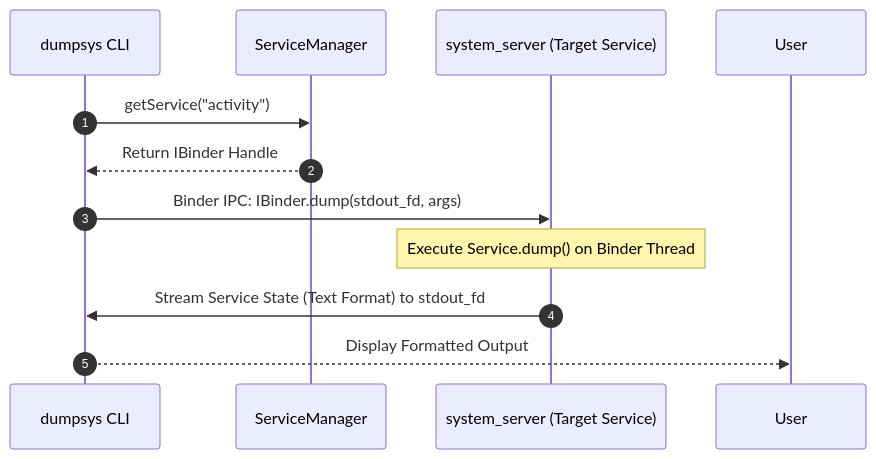
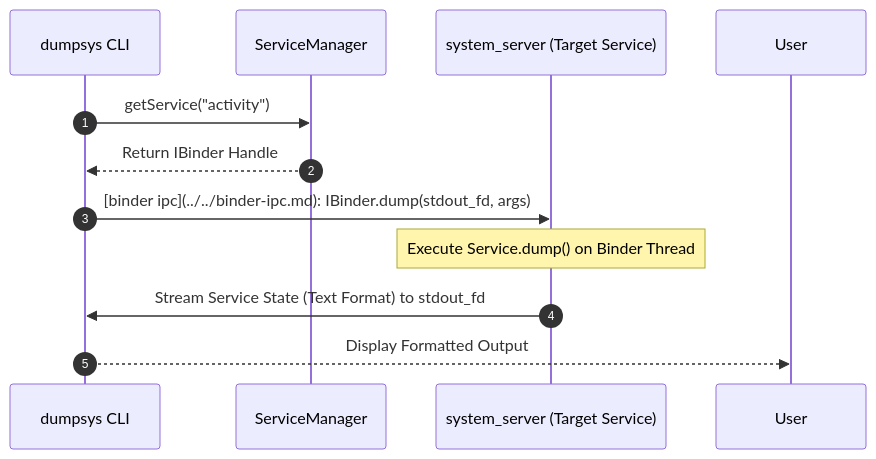
The diagram in 01_inbox/mobile/android/01_system_internals/boot-and-runtime/system-server-contracts/dumpsys-is-system-service-state-inspection-interface.md (youngmin-gwon/what-i-studied), drawn with Mermaid before and after one commit. The commit also changed 185 other files, not shown here.

````diff
--- a/01_inbox/mobile/android/01_system_internals/boot-and-runtime/system-server-contracts/dumpsys-is-system-service-state-inspection-interface.md
+++ b/01_inbox/mobile/android/01_system_internals/boot-and-runtime/system-server-contracts/dumpsys-is-system-service-state-inspection-interface.md
@@ -24,14 +24,14 @@
 ```mermaid
 sequenceDiagram
     autonumber
     participant CLI as dumpsys CLI
     participant SM as ServiceManager
     participant SS as system_server (Target Service)
 
     CLI->>SM: getService("activity")
     SM-->>CLI: Return IBinder Handle
-    CLI->>SS: Binder IPC: IBinder.dump(stdout_fd, args)
+    CLI->>SS: [binder ipc](../../binder-ipc.md): IBinder.dump(stdout_fd, args)
     Note over SS: Execute Service.dump() on Binder Thread
     SS->>CLI: Stream Service State (Text Format) to stdout_fd
     CLI-->>User: Display Formatted Output
 ```
````
